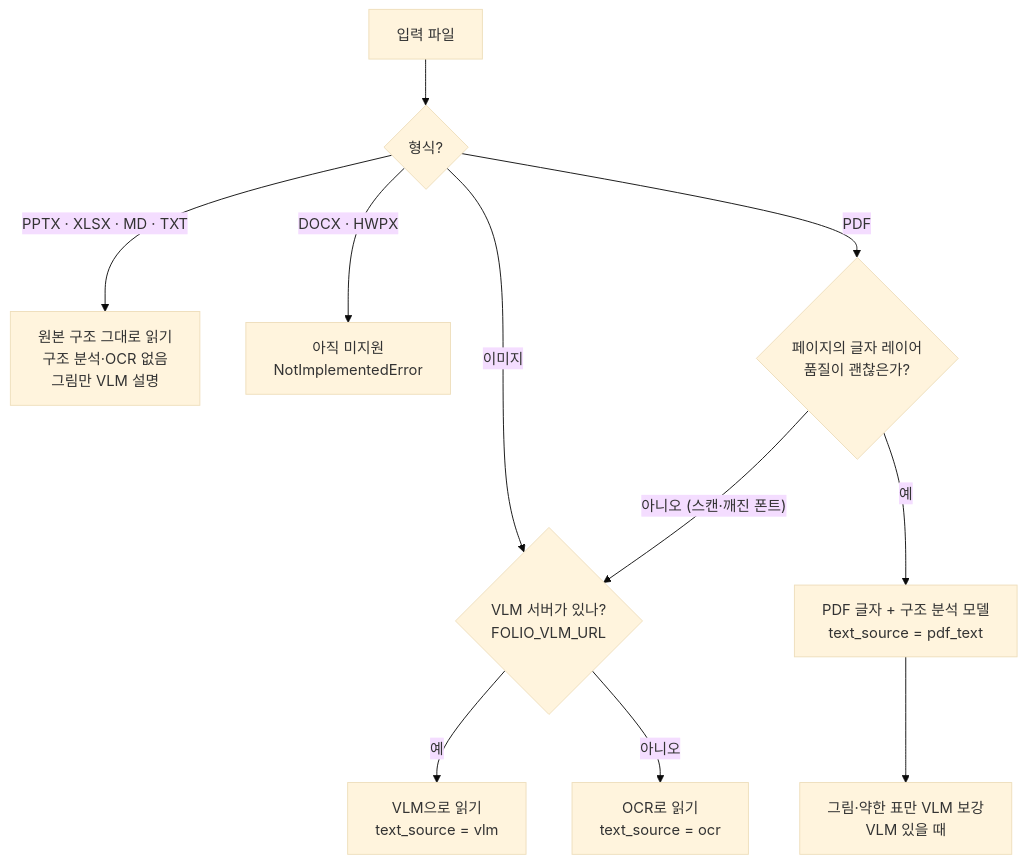
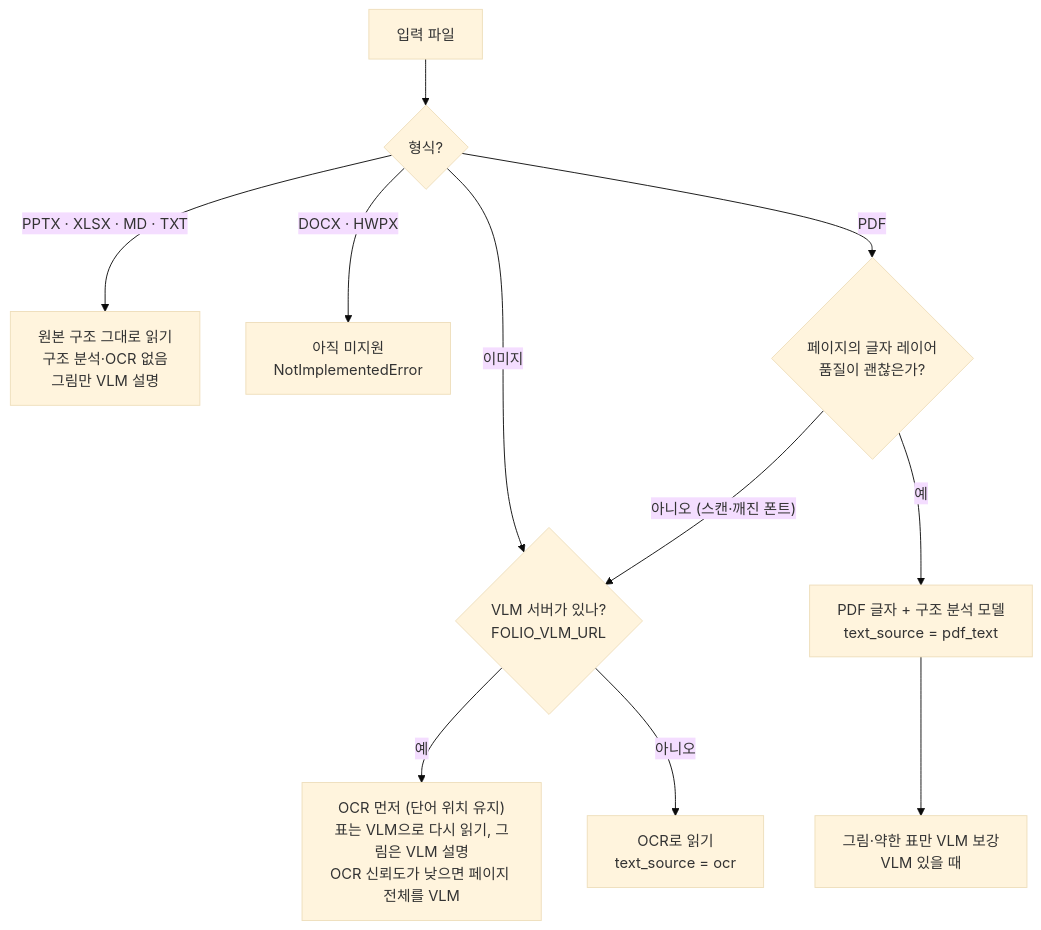
One commit to pilsu-choi/folio changed the fourth of 7 diagrams in README.md. Above: the diagram before and after it, drawn with Mermaid (base theme). The commit also changed other lines of this file and 9 other files, not shown here.

First line of the commit message:
feat(parse): vlm_scan defaults to ocr_first; bench results, docs

````diff
--- a/README.md
+++ b/README.md
@@ -86,13 +86,13 @@
 ```mermaid
 flowchart TD
     In["입력 파일"] --> T{"형식?"}
     T -- "PPTX · XLSX · MD · TXT" --> N["원본 구조 그대로 읽기<br/>구조 분석·OCR 없음<br/>그림만 VLM 설명"]
     T -- "DOCX · HWPX" --> X["아직 미지원<br/>NotImplementedError"]
     T -- "이미지" --> IMG
     T -- "PDF" --> Q{"페이지의 글자 레이어<br/>품질이 괜찮은가?"}
     Q -- "예" --> D["PDF 글자 + 구조 분석 모델<br/>text_source = pdf_text"]
     Q -- "아니오 (스캔·깨진 폰트)" --> IMG{"VLM 서버가 있나?<br/>FOLIO_VLM_URL"}
-    IMG -- "예" --> V["VLM으로 읽기<br/>text_source = vlm"]
+    IMG -- "예" --> OF["OCR 먼저 (단어 위치 유지)<br/>표는 VLM으로 다시 읽기, 그림은 VLM 설명<br/>OCR 신뢰도가 낮으면 페이지 전체를 VLM"]
     IMG -- "아니오" --> O["OCR로 읽기<br/>text_source = ocr"]
     D --> EN["그림·약한 표만 VLM 보강<br/>VLM 있을 때"]
 ```
````
